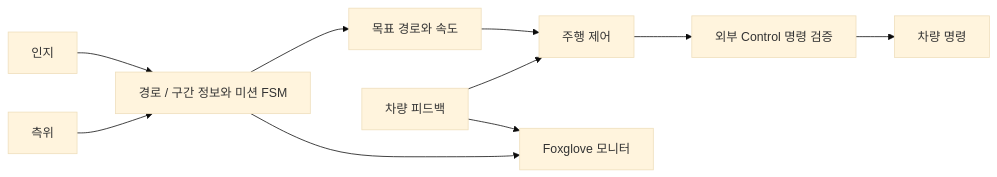
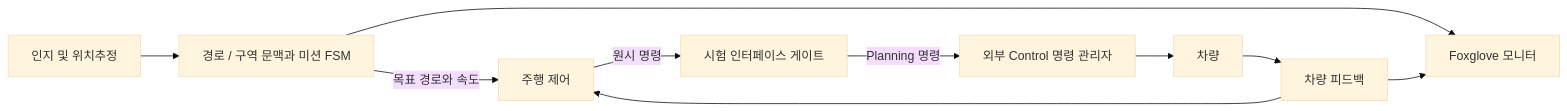
The diagram in README.ko.md (steveandy-sudo/ai-sw-mobility-portfolio), drawn with Mermaid (base theme) before and after one commit. The commit also changed other lines of this file and 2 other files, not shown here.

Commit message:
Clarify decision architecture and evidence for research review

````diff
--- a/README.ko.md
+++ b/README.ko.md
@@ -30,12 +35,12 @@
 ```mermaid
 flowchart LR
-  P[인지] --> D[경로 / 구간 정보와 미션 FSM]
-  L[측위] --> D
-  D --> T[목표 경로와 속도]
-  T --> M[주행 제어]
-  V[차량 피드백] --> M
-  M --> G[외부 Control 명령 검증]
-  G --> C[차량 명령]
-  D --> F[Foxglove 모니터]
-  V --> F
+    Inputs[인지 및 위치추정] --> Decision[경로 / 구역 문맥과 미션 FSM]
+    Decision -->|목표 경로와 속도| Motion[주행 제어]
+    Feedback[차량 피드백] --> Motion
+    Motion -->|원시 명령| TUI[시험 인터페이스 게이트]
+    TUI -->|Planning 명령| Governor[외부 Control 명령 관리자]
+    Governor --> Vehicle[차량]
+    Vehicle --> Feedback
+    Decision --> Monitor[Foxglove 모니터]
+    Feedback --> Monitor
 ```
````
